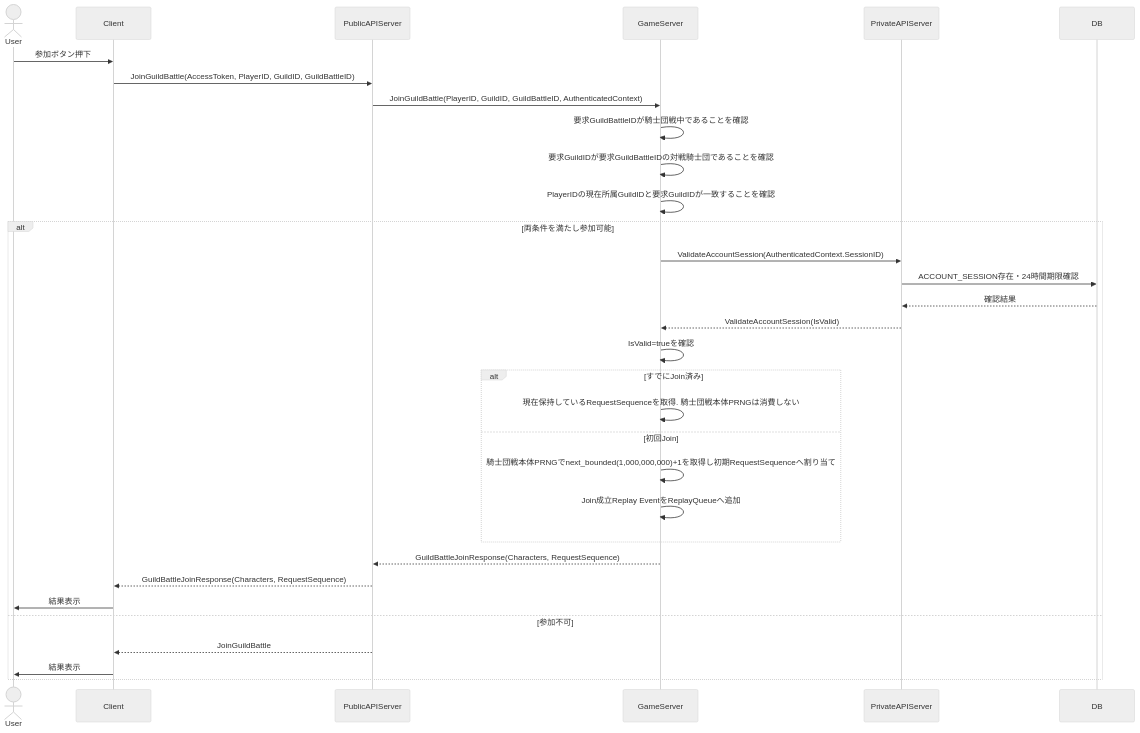
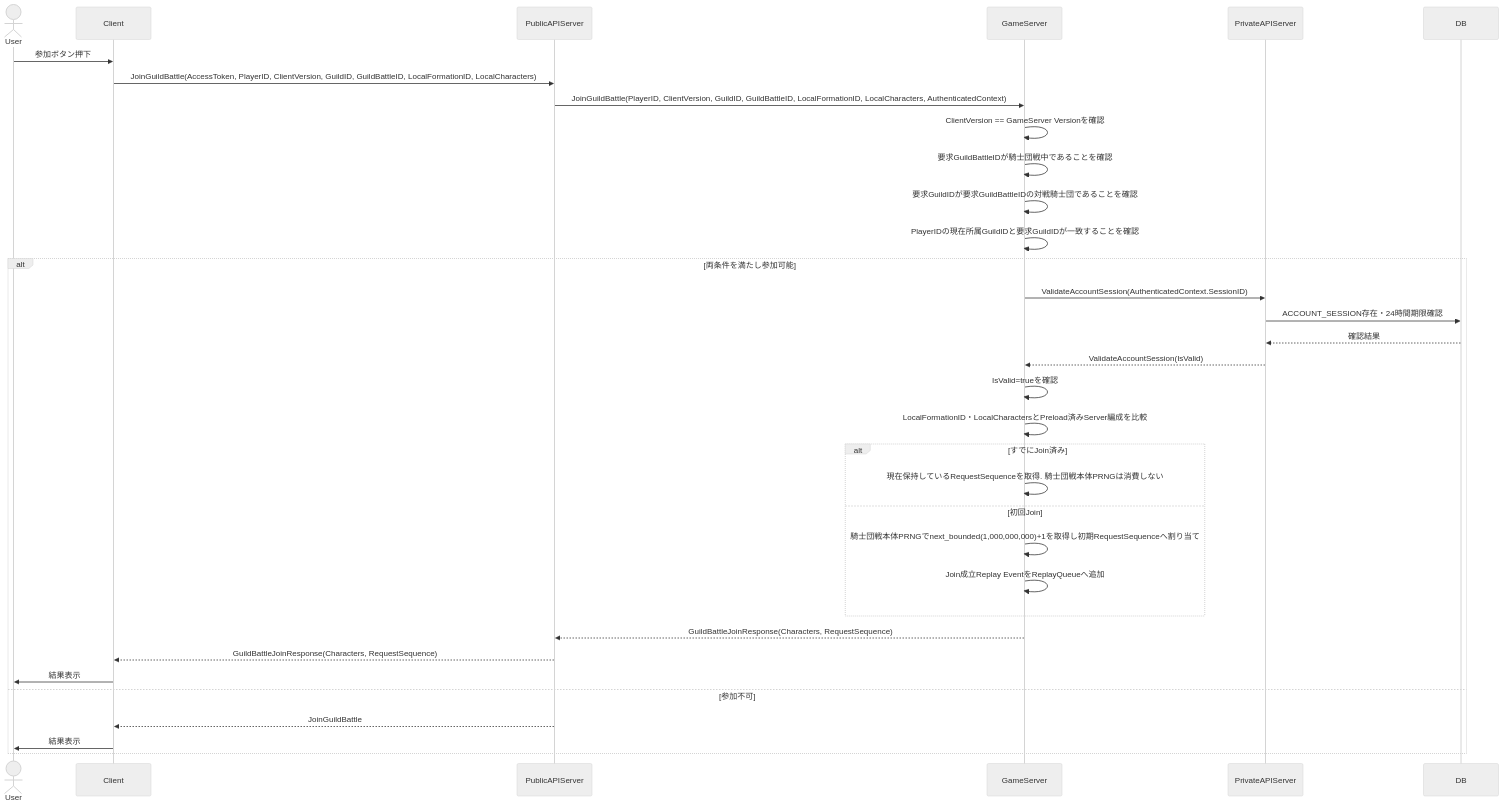
One commit to ReHydrangeaOdyssey/Specifications changed the second of 13 diagrams in design/server/guild_battle.md. Above: the diagram before and after it, drawn with Mermaid (neutral theme). The commit also changed other lines of this file and 18 other files, not shown here.

````diff
--- a/design/server/guild_battle.md
+++ b/design/server/guild_battle.md
@@ -39,37 +39,39 @@
 ```mermaid
 sequenceDiagram
     actor User
     participant Client
     participant PublicAPIServer
     participant GameServer
     participant PrivateAPIServer
     participant DB
 
     User ->> Client: 参加ボタン押下
-    Client ->> PublicAPIServer: JoinGuildBattle(AccessToken, PlayerID, GuildID, GuildBattleID)
-    PublicAPIServer ->> GameServer: JoinGuildBattle(PlayerID, GuildID, GuildBattleID, AuthenticatedContext)
+    Client ->> PublicAPIServer: JoinGuildBattle(AccessToken, PlayerID, ClientVersion, GuildID, GuildBattleID, LocalFormationID, LocalCharacters)
+    PublicAPIServer ->> GameServer: JoinGuildBattle(PlayerID, ClientVersion, GuildID, GuildBattleID, LocalFormationID, LocalCharacters, AuthenticatedContext)
+    GameServer ->> GameServer: ClientVersion == GameServer Versionを確認
     GameServer ->> GameServer: 要求GuildBattleIDが騎士団戦中であることを確認
     GameServer ->> GameServer: 要求GuildIDが要求GuildBattleIDの対戦騎士団であることを確認
     GameServer ->> GameServer: PlayerIDの現在所属GuildIDと要求GuildIDが一致することを確認
 
     alt 両条件を満たし参加可能
         GameServer ->> PrivateAPIServer: ValidateAccountSession(AuthenticatedContext.SessionID)
         PrivateAPIServer ->> DB: ACCOUNT_SESSION存在・24時間期限確認
         DB -->> PrivateAPIServer: 確認結果
         PrivateAPIServer -->> GameServer: ValidateAccountSession(IsValid)
         GameServer->>GameServer: IsValid=trueを確認
+        GameServer->>GameServer: LocalFormationID・LocalCharactersとPreload済みServer編成を比較
         alt すでにJoin済み
             GameServer->>GameServer: 現在保持しているRequestSequenceを取得. 騎士団戦本体PRNGは消費しない
         else 初回Join
             GameServer->>GameServer: 騎士団戦本体PRNGでnext_bounded(1,000,000,000)+1を取得し初期RequestSequenceへ割り当て
             GameServer->>GameServer: Join成立Replay EventをReplayQueueへ追加
         end
         GameServer -->> PublicAPIServer: GuildBattleJoinResponse(Characters, RequestSequence)
         PublicAPIServer -->> Client: GuildBattleJoinResponse(Characters, RequestSequence)
         Client ->> User: 結果表示
     else 参加不可
         PublicAPIServer -->> Client: JoinGuildBattle
         Client ->> User: 結果表示
     end
 
 ```
````
